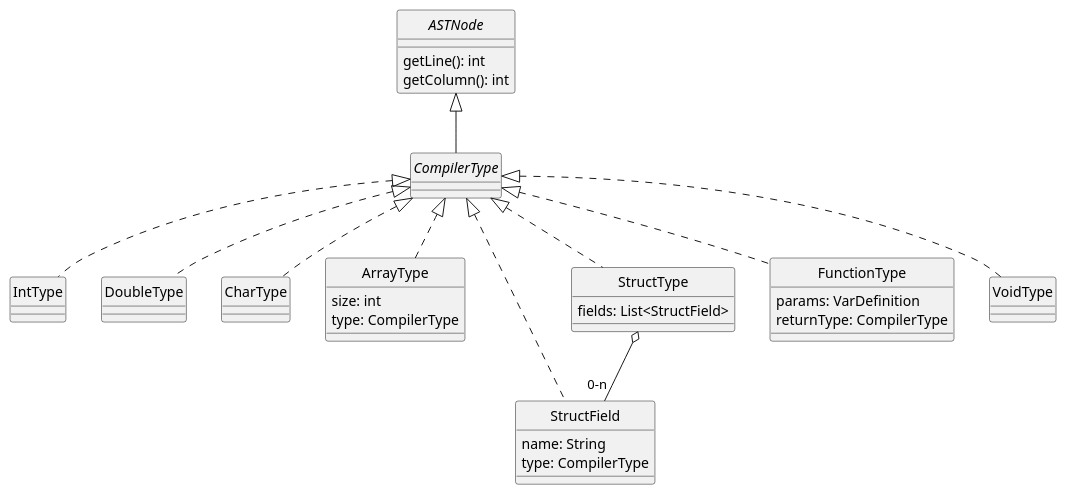
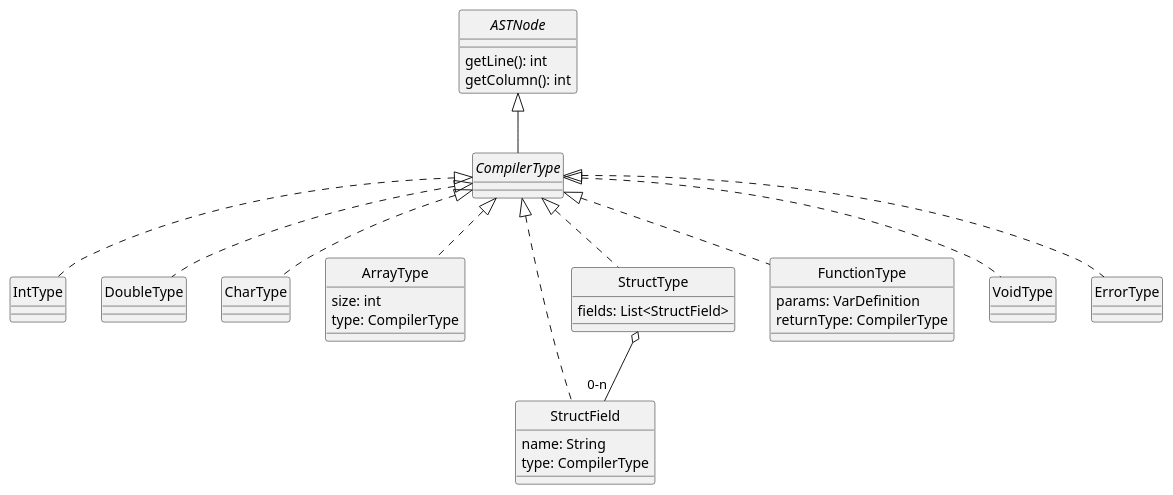
The diagram in docs/diagrams/types.plantuml (DavidGonzalezFernandez/dlp-compiler), drawn with PlantUML before and after one commit. The commit also changed 5 other files, not shown here.

```diff
--- a/docs/diagrams/types.plantuml
+++ b/docs/diagrams/types.plantuml
@@ -1,63 +1,66 @@
 @startuml Types
 skinparam style strictuml
 skinparam monochrome true
 
 interface ASTNode {
     getLine(): int
     getColumn(): int
 }
 
 interface CompilerType
 
 ASTNode <|-- CompilerType
 
 'Los tipos simples son: int, double, char
 CompilerType <|.. IntType
 class IntType
 
 class DoubleType
 CompilerType <|.. DoubleType
 
 class CharType
 CompilerType <|.. CharType
 
 
 ' Los tipos complejos son Arrays y Structs
 
 /' Los arrays pueden ser creados usando [] para construir un tipo nuevo,
 debiendo especificar el tamaño del array, previo a su tipo, en su construcción '/
 class ArrayType {
     size: int
     type: CompilerType
 }
 CompilerType <|.. ArrayType
 
 
 class StructField {
     name: String
     type: CompilerType
 }
 CompilerType <|.. StructField
 
 
 ' Un registro se puede crear usando la palabra clave defstruct y definiendo una secuencia de variables
 class StructType {
     fields: List<StructField>   /'¿Por qué este tipo concreto?'/
 }
 CompilerType <|.. StructType
 StructType o-- "0-n" StructField
 
 
 class FunctionType {
     params: VarDefinition
     returnType: CompilerType    /'Sólo se devuelven tipos simples'/
 }
 CompilerType <|.. FunctionType
 
 
 ' Las funciones tienen un tipo de retorno, pero pueden no devolver nada
 ' Se necesita el tipo Void
 class VoidType
 CompilerType <|.. VoidType
 
+class ErrorType
+CompilerType <|.. ErrorType
+
 @enduml
```
